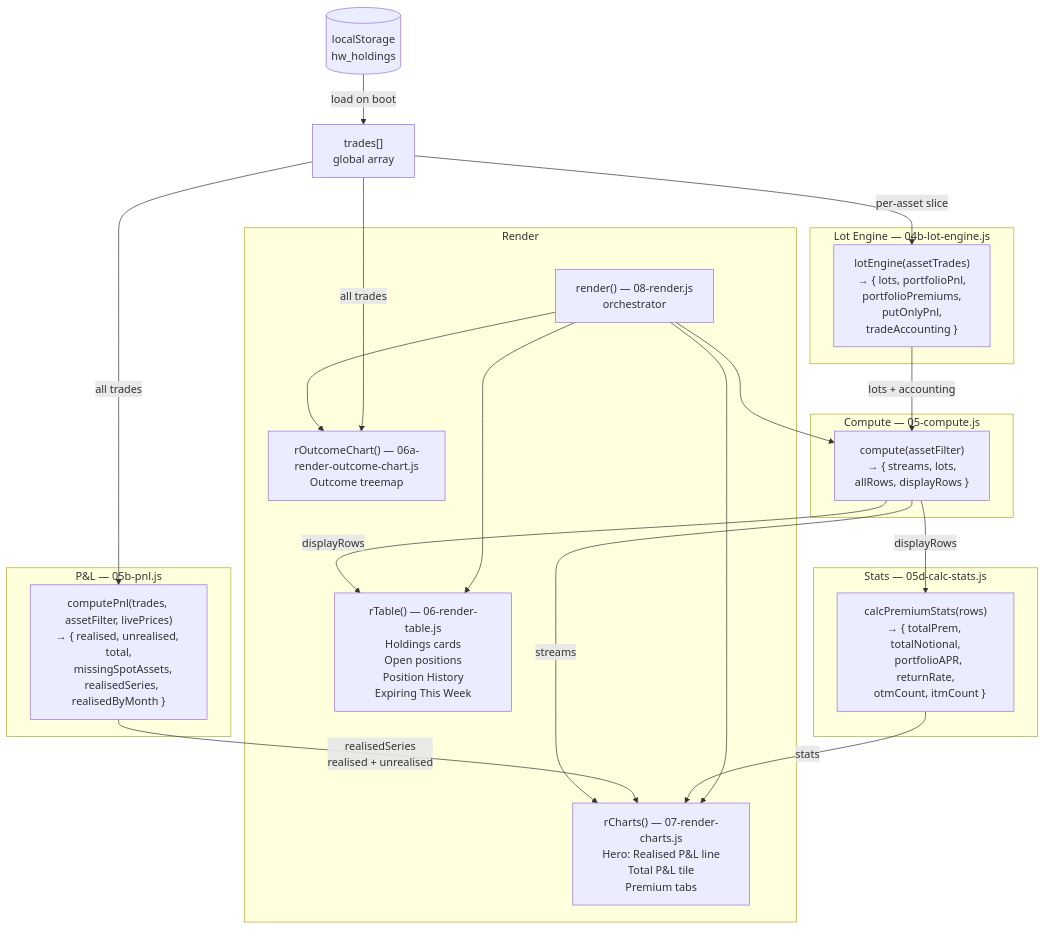
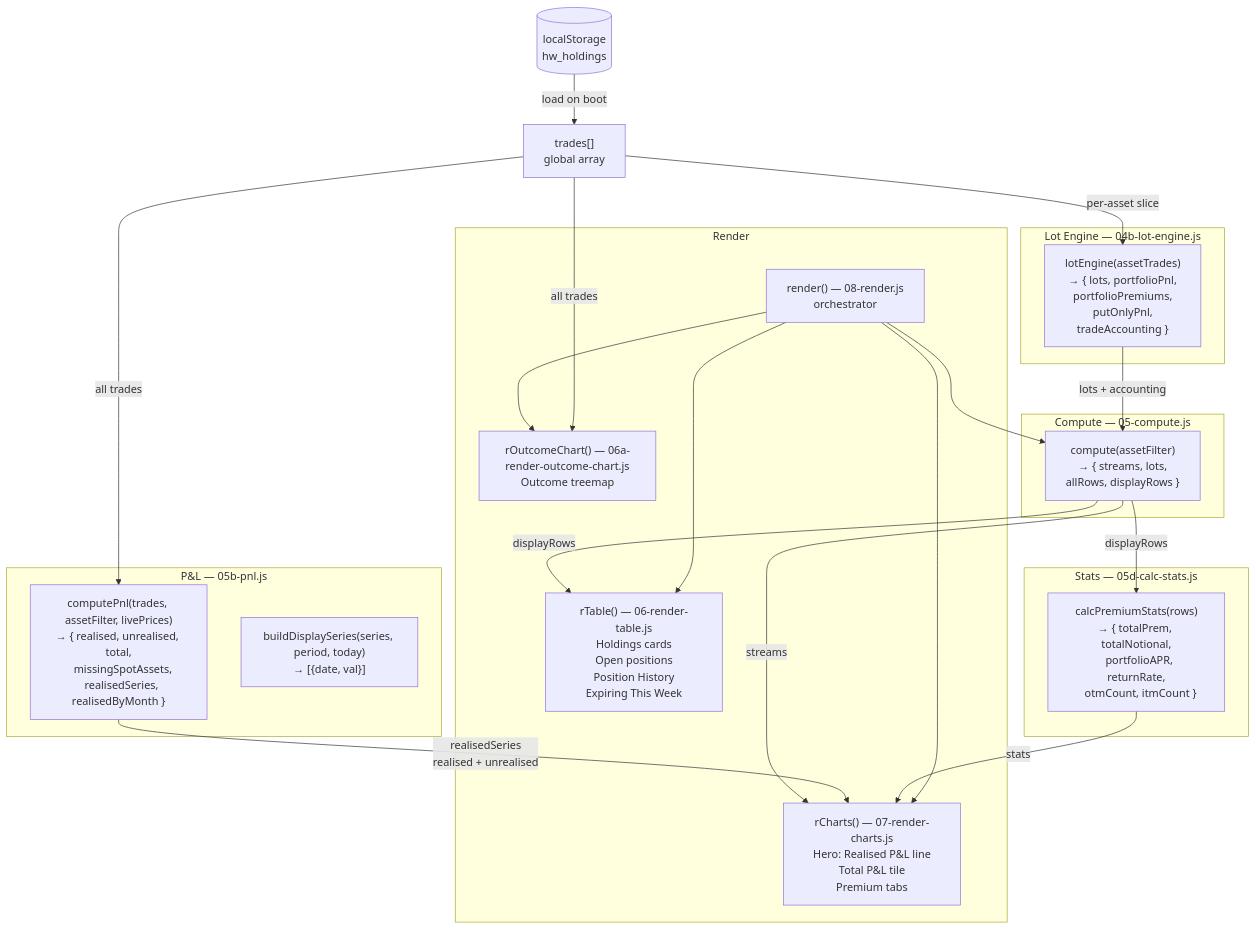
Before and after one commit to heyitsStylez/hyperwheel: the second of 2 diagrams in docs/architecture.md, drawn with Mermaid. The commit also changed 3 other files, not shown here.

First line of the commit message:
Extract buildDisplaySeries from rCpnlChart into 05b-pnl.js

````diff
--- a/docs/architecture.md
+++ b/docs/architecture.md
@@ -51,43 +51,44 @@
 ```mermaid
 flowchart TD
     LS[("localStorage\nhw_holdings")]
     Trades["trades[]\nglobal array"]
 
     subgraph Engine ["Lot Engine — 04b-lot-engine.js"]
         LE["lotEngine(assetTrades)\n→ { lots, portfolioPnl,\n   portfolioPremiums,\n   putOnlyPnl,\n   tradeAccounting }"]
     end
 
     subgraph Compute ["Compute — 05-compute.js"]
         CO["compute(assetFilter)\n→ { streams, lots,\n   allRows, displayRows }"]
     end
 
     subgraph PnL ["P&L — 05b-pnl.js"]
         CP["computePnl(trades, assetFilter, livePrices)\n→ { realised, unrealised, total,\n   missingSpotAssets,\n   realisedSeries, realisedByMonth }"]
+        BDS["buildDisplaySeries(series, period, today)\n→ [{date, val}]"]
     end
 
     subgraph Stats ["Stats — 05d-calc-stats.js"]
         CS["calcPremiumStats(rows)\n→ { totalPrem, totalNotional,\n   portfolioAPR, returnRate,\n   otmCount, itmCount }"]
     end
 
     subgraph Render
         R8["render() — 08-render.js\norchestrator"]
         RT["rTable() — 06-render-table.js\nHoldings cards\nOpen positions\nPosition History\nExpiring This Week"]
         RC["rCharts() — 07-render-charts.js\nHero: Realised P&L line\nTotal P&L tile\nPremium tabs"]
         ROC["rOutcomeChart() — 06a-render-outcome-chart.js\nOutcome treemap"]
     end
 
     LS -->|load on boot| Trades
     Trades -->|per-asset slice| LE
     LE -->|lots + accounting| CO
     CO -->|displayRows| RT
     CO -->|streams| RC
     Trades -->|all trades| CP
     CP -->|realisedSeries\nrealised + unrealised| RC
     CO -->|displayRows| CS
     CS -->|stats| RC
     R8 --> CO
     R8 --> RT
     R8 --> RC
     R8 --> ROC
     Trades -->|all trades| ROC
 ```
````
